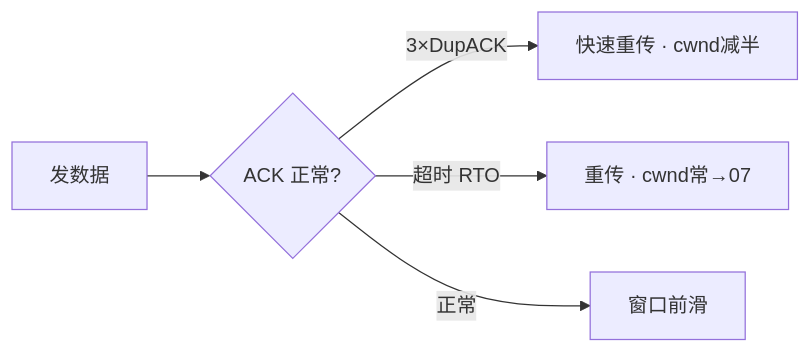
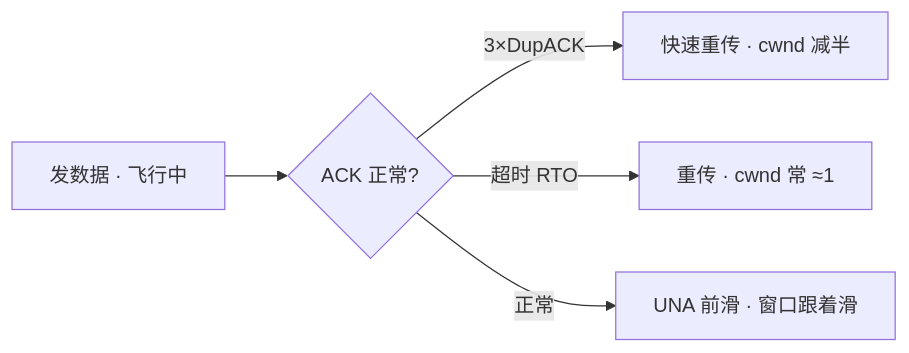
The ninth of 17 diagrams in 01-基础底座/13-TCP与UDP/知识点.md (ml-cuizijun/LearnToLilith), drawn with Mermaid before and after one commit. The commit also changed other lines of this file and 470 other files, not shown here.

````diff
--- a/01-基础底座/13-TCP与UDP/知识点.md
+++ b/01-基础底座/13-TCP与UDP/知识点.md
@@ -516,7 +336,7 @@
 ```mermaid
 flowchart LR
-    A[发数据] --> B{ACK 正常?}
-    B -->|3×DupACK| C[快速重传 · cwnd减半]
-    B -->|超时 RTO| D[重传 · cwnd常→07]
-    B -->|正常| E[窗口前滑]
+    A[发数据 · 飞行中] --> B{ACK 正常?}
+    B -->|3×DupACK| C[快速重传 · cwnd 减半]
+    B -->|超时 RTO| D[重传 · cwnd 常 ≈1]
+    B -->|正常| E[UNA 前滑 · 窗口跟着滑]
 ```
````
